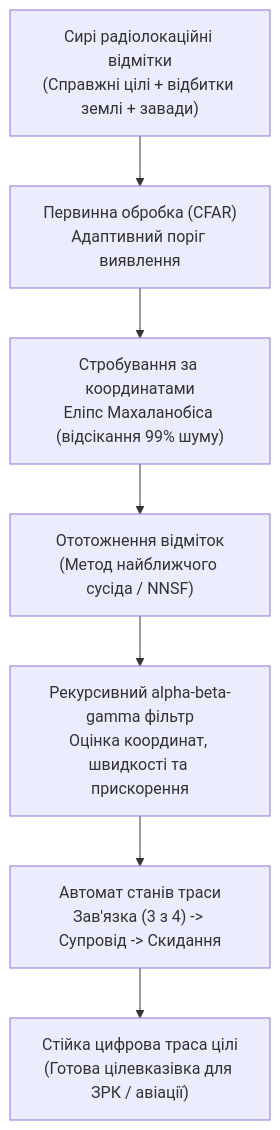
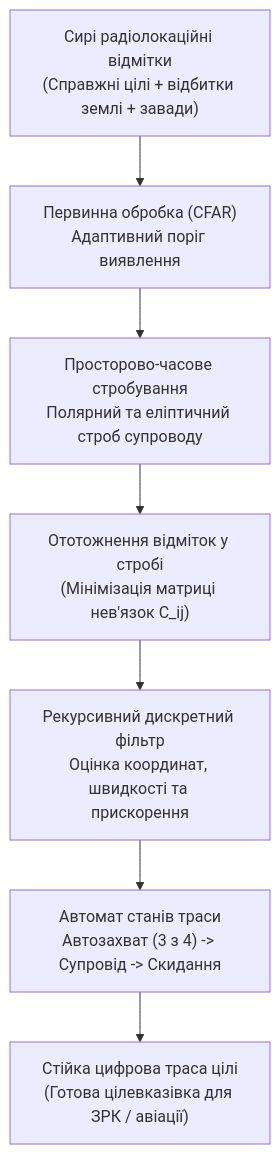
One commit to nick-fedchik/articles changed the second of 6 diagrams in MilTech/Ukrainian-Military-Cybernetics-School-UA.md. Above: the diagram before and after it, drawn with Mermaid. The commit also changed other lines of this file and 1 other file, not shown here.

````diff
--- a/MilTech/Ukrainian-Military-Cybernetics-School-UA.md
+++ b/MilTech/Ukrainian-Military-Cybernetics-School-UA.md
@@ -117,9 +125,9 @@
 ```mermaid
 graph TD
     RawHits["Сирі радіолокаційні відмітки<br/>(Справжні цілі + відбитки землі + завади)"] --> CFAR["Первинна обробка (CFAR)<br/>Адаптивний поріг виявлення"]
-    CFAR --> Strobe["Стробування за координатами<br/>Еліпс Махаланобіса (відсікання 99% шуму)"]
-    Strobe --> DataAssoc["Ототожнення відміток<br/>(Метод найближчого сусіда / NNSF)"]
-    DataAssoc --> Filter["Рекурсивний alpha-beta-gamma фільтр<br/>Оцінка координат, швидкості та прискорення"]
-    Filter --> StateMachine["Автомат станів траси<br/>Зав'язка (3 з 4) -> Супровід -> Скидання"]
+    CFAR --> Strobe["Просторово-часове стробування<br/>Полярний та еліптичний строб супроводу"]
+    Strobe --> DataAssoc["Ототожнення відміток у стробі<br/>(Мінімізація матриці нев'язок C_ij)"]
+    DataAssoc --> Filter["Рекурсивний дискретний фільтр<br/>Оцінка координат, швидкості та прискорення"]
+    Filter --> StateMachine["Автомат станів траси<br/>Автозахват (3 з 4) -> Супровід -> Скидання"]
     StateMachine --> Track["Стійка цифрова траса цілі<br/>(Готова цілевказівка для ЗРК / авіації)"]
 ```
````
